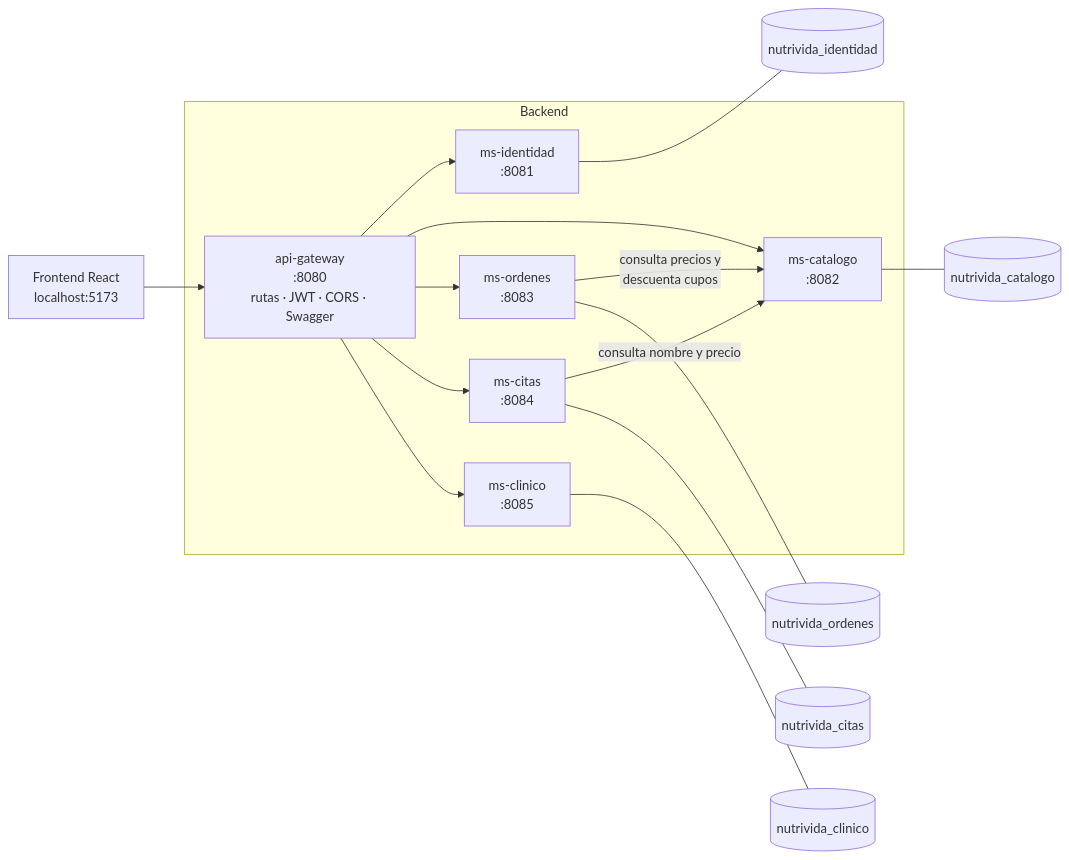
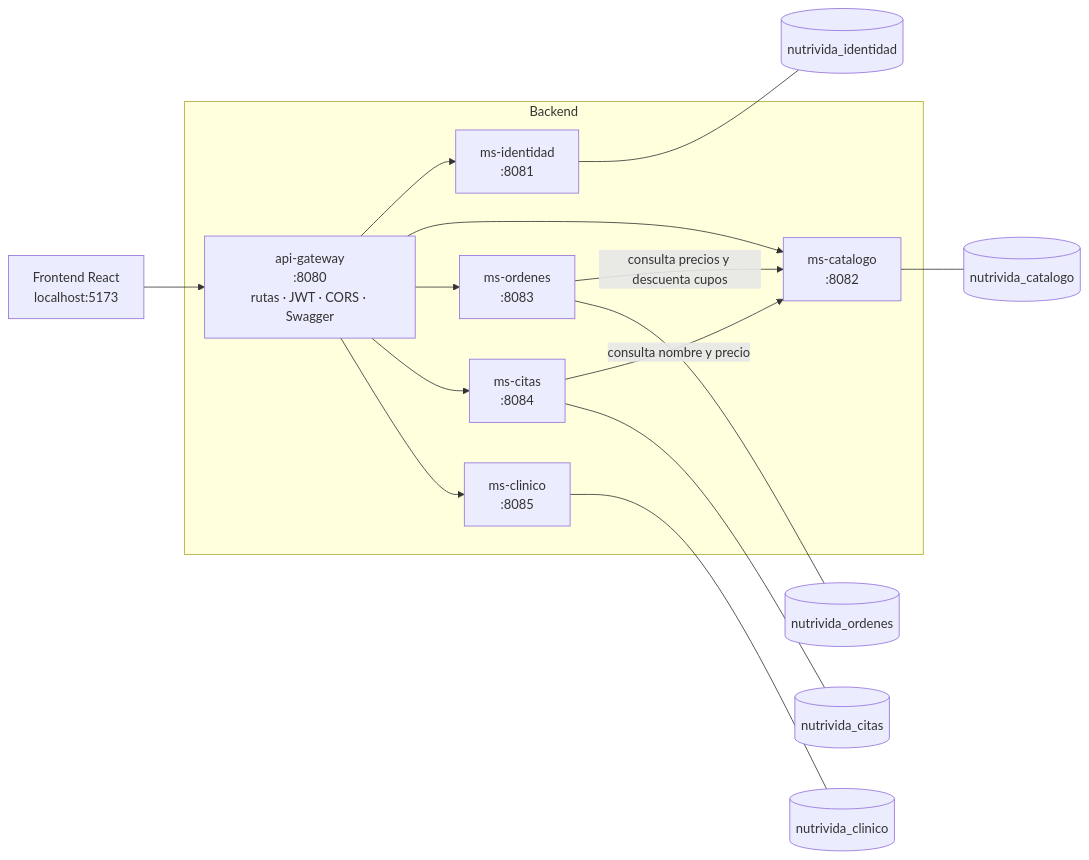
One commit to MagePower91/NutriVida-Backend changed the diagram in README.md. Above: the diagram before and after it, drawn with Mermaid.

Commit message:
docs: comillas en el diagrama Mermaid para que IntelliJ lo lea

````diff
--- a/README.md
+++ b/README.md
@@ -13,27 +13,27 @@
 ```mermaid
 flowchart LR
-    FE[Frontend React<br/>localhost:5173] --> GW
+    FE["Frontend React<br/>localhost:5173"] --> GW
 
     subgraph Backend
-        GW[api-gateway<br/>:8080<br/>rutas · JWT · CORS · Swagger]
-        ID[ms-identidad<br/>:8081]
-        CA[ms-catalogo<br/>:8082]
-        OR[ms-ordenes<br/>:8083]
-        CI[ms-citas<br/>:8084]
-        CL[ms-clinico<br/>:8085]
+        GW["api-gateway<br/>:8080<br/>rutas · JWT · CORS · Swagger"]
+        ID["ms-identidad<br/>:8081"]
+        CA["ms-catalogo<br/>:8082"]
+        OR["ms-ordenes<br/>:8083"]
+        CI["ms-citas<br/>:8084"]
+        CL["ms-clinico<br/>:8085"]
     end
 
     GW --> ID
     GW --> CA
     GW --> OR
     GW --> CI
     GW --> CL
-    CI -- consulta nombre y precio --> CA
-    OR -- consulta precios y<br/>descuenta cupos --> CA
+    CI -->|"consulta nombre y precio"| CA
+    OR -->|"consulta precios y descuenta cupos"| CA
 
     ID --- DB1[(nutrivida_identidad)]
     CA --- DB2[(nutrivida_catalogo)]
     OR --- DB3[(nutrivida_ordenes)]
     CI --- DB4[(nutrivida_citas)]
     CL --- DB5[(nutrivida_clinico)]
 ```
````
